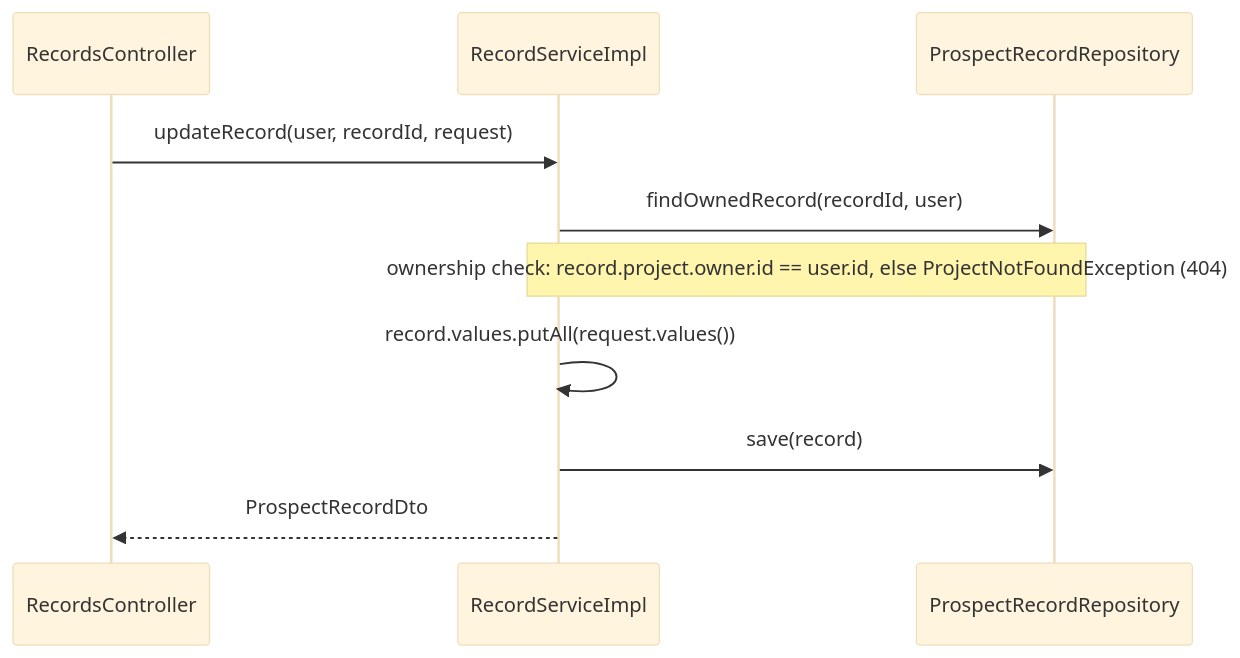
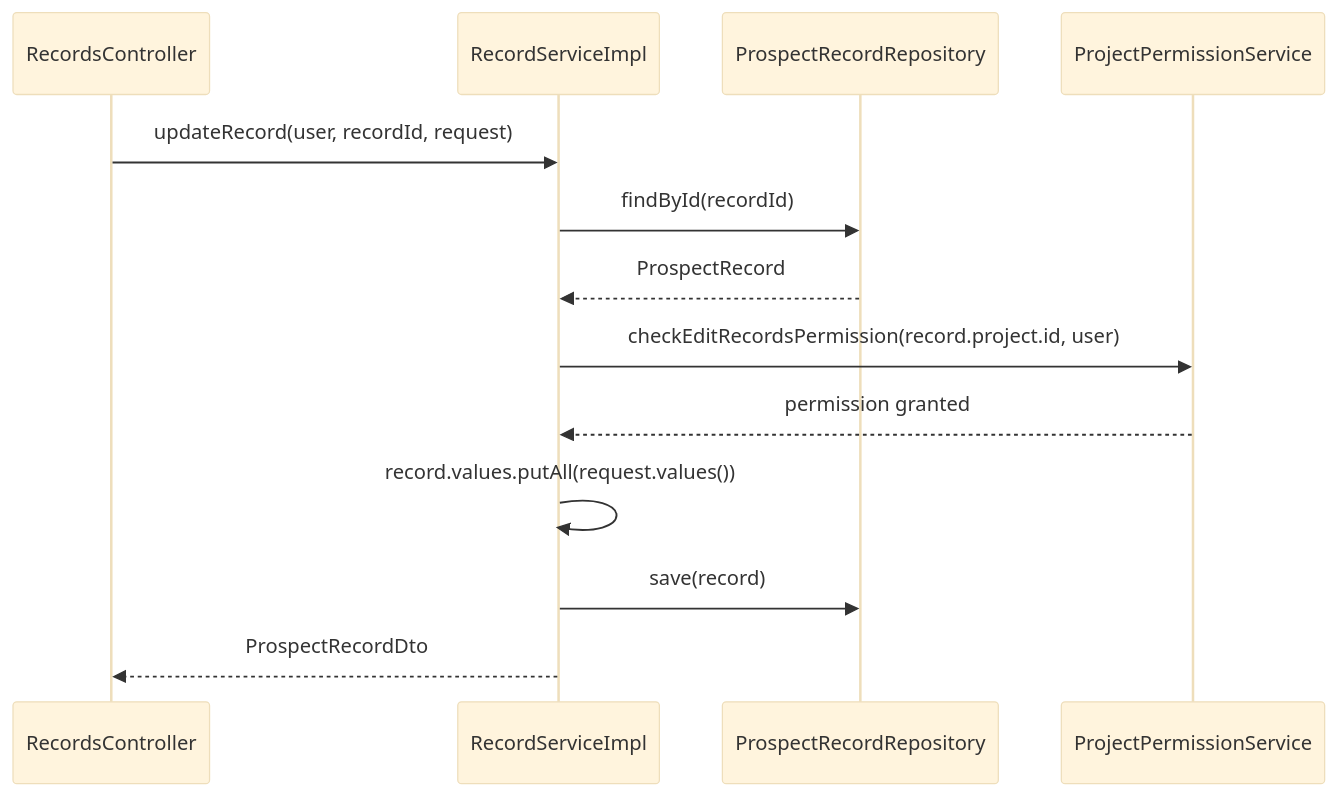
Before and after one commit to prospect-tool-relay4u-eu/prospect-tool-be: the diagram in documentation/endpoints/records.md, drawn with Mermaid (base theme). The commit also changed other lines of this file and 19 other files, not shown here.

````diff
--- a/documentation/endpoints/records.md
+++ b/documentation/endpoints/records.md
@@ -16,13 +29,16 @@
 ```mermaid
 sequenceDiagram
     participant C as RecordsController
     participant S as RecordServiceImpl
     participant RR as ProspectRecordRepository
+    participant PS as ProjectPermissionService
 
     C->>S: updateRecord(user, recordId, request)
-    S->>RR: findOwnedRecord(recordId, user)
-    Note over S,RR: ownership check: record.project.owner.id == user.id, else ProjectNotFoundException (404)
+    S->>RR: findById(recordId)
+    RR-->>S: ProspectRecord
+    S->>PS: checkEditRecordsPermission(record.project.id, user)
+    PS-->>S: permission granted
     S->>S: record.values.putAll(request.values())
     S->>RR: save(record)
     S-->>C: ProspectRecordDto
 ```
````
